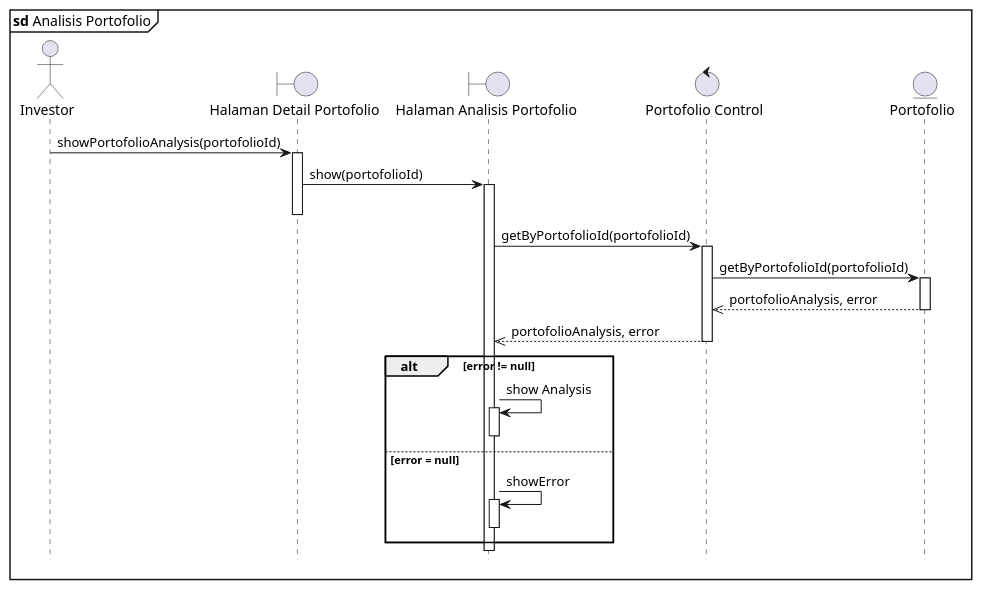
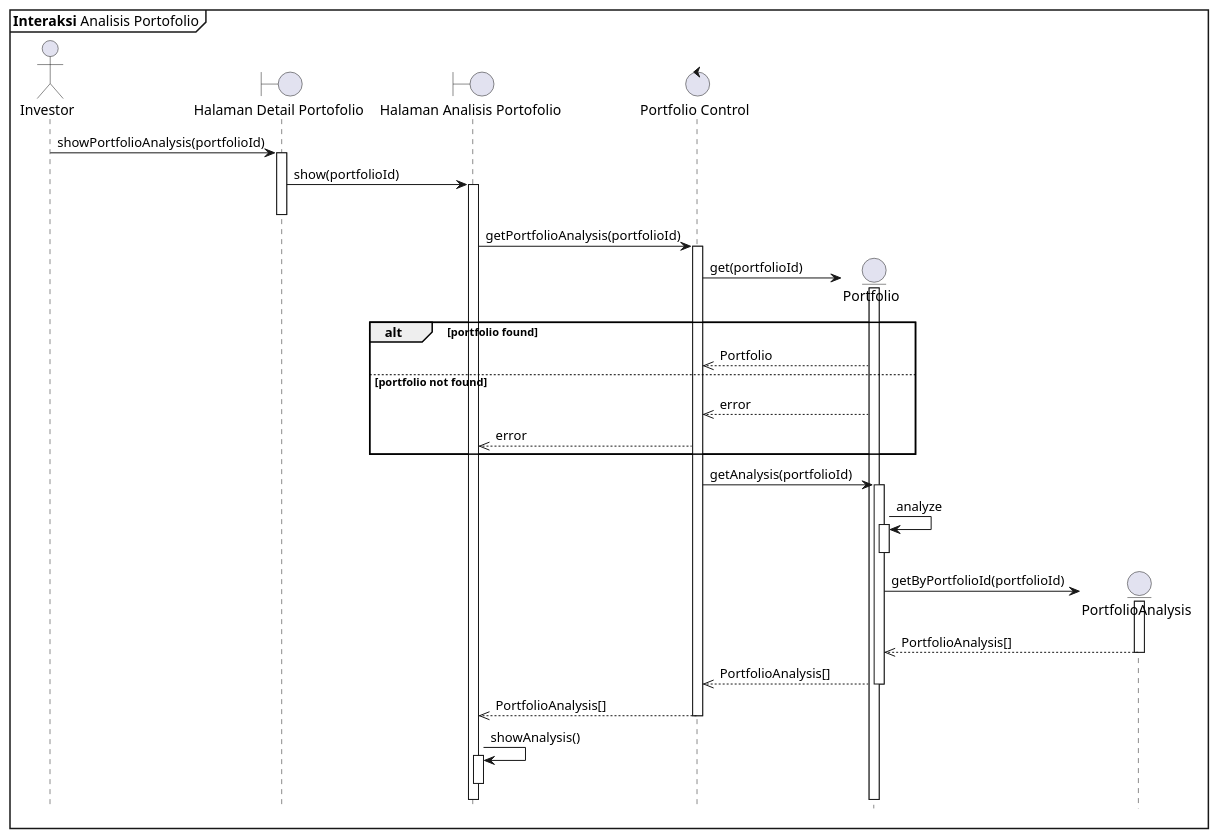
The diagram in sequence/analisis-portofolio.puml (clarestarahma/manajemen-investasi), drawn with PlantUML before and after one commit. The commit also changed 19 other files, not shown here.

```diff
--- a/sequence/analisis-portofolio.puml
+++ b/sequence/analisis-portofolio.puml
@@ -1,36 +1,61 @@
 @startuml Sequence
 
 hide footbox
-autoactivate on
 
-mainframe **sd** Analisis Portofolio
+mainframe **Interaksi** Analisis Portofolio
 
 actor Investor as I
-boundary "Halaman Detail Portofolio" as HDP
-boundary "Halaman Analisis Portofolio" as HAP
-control "Portofolio Control" as PC
-entity "Portofolio" as P
+boundary "Halaman Detail Portofolio" as PDP
+boundary "Halaman Analisis Portofolio" as PAP
+control "Portfolio Control" as PC
+entity "Portfolio" as P
+entity "PortfolioAnalysis" as PA
 
-I -> HDP : showPortofolioAnalysis(portofolioId)
+' User initiates analysis from detail page
+I -> PDP : showPortfolioAnalysis(portfolioId)
+activate PDP
 
-HDP -> HAP : show(portofolioId)
+PDP -> PAP : show(portfolioId)
+activate PAP
+deactivate PDP
 
-deactivate HDP
+' Control layer retrieves portfolio data
+PAP -> PC : getPortfolioAnalysis(portfolioId)
+activate PC
 
-HAP -> PC : getByPortofolioId(portofolioId)
+PC -> P ** : get(portfolioId)
+activate P
 
-PC -> P : getByPortofolioId(portofolioId)
-
-P -->> PC : portofolioAnalysis, error
-
-PC -->> HAP : portofolioAnalysis, error
-
-alt error != null
-  HAP -> HAP : show Analysis
-  deactivate HAP
-else error = null
-  HAP -> HAP : showError
-  deactivate HAP
+alt portfolio found
+  P -->> PC : Portfolio
+else portfolio not found
+  P -->> PC : error
+  PC -->> PAP : error
 end
 
+
+' Retrieve analysis data if portfolio retrieval succeeded
+PC -> P : getAnalysis(portfolioId)
+activate P
+
+P -> P : analyze
+activate P
+deactivate P
+
+P -> PA  ** : getByPortfolioId(portfolioId)
+activate PA
+
+PA -->> P : PortfolioAnalysis[]
+deactivate PA
+
+P -->> PC : PortfolioAnalysis[]
+deactivate P
+
+PC -->> PAP : PortfolioAnalysis[]
+deactivate PC
+
+PAP -> PAP : showAnalysis()
+activate PAP
+deactivate PAP
+
 @enduml
```
